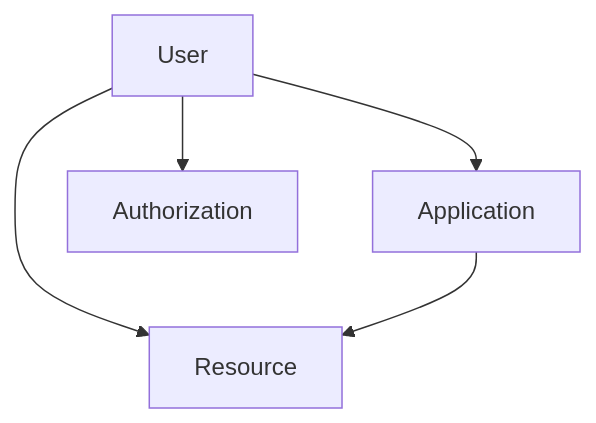
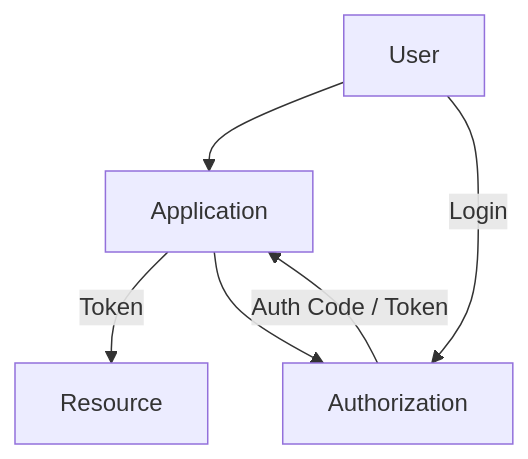
One commit to joewood/compendium changed the diagram in oauth2.md. Above: the diagram before and after it, drawn with Mermaid. The commit also changed other lines of this file, not shown here.

```diff
--- a/oauth2.md
+++ b/oauth2.md
@@ -5,7 +5,8 @@
 <div class="mermaid">
 graph TD
     User-->Application;
-    User-->Authorization;
-    User-->Resource;
-    Application-->Resource;
+    User--Login-->Authorization;
+    Application-- Token -->Resource;
+    Application-->Authorization;
+    Authorization--Auth Code / Token -->Application;
 </div>
```
